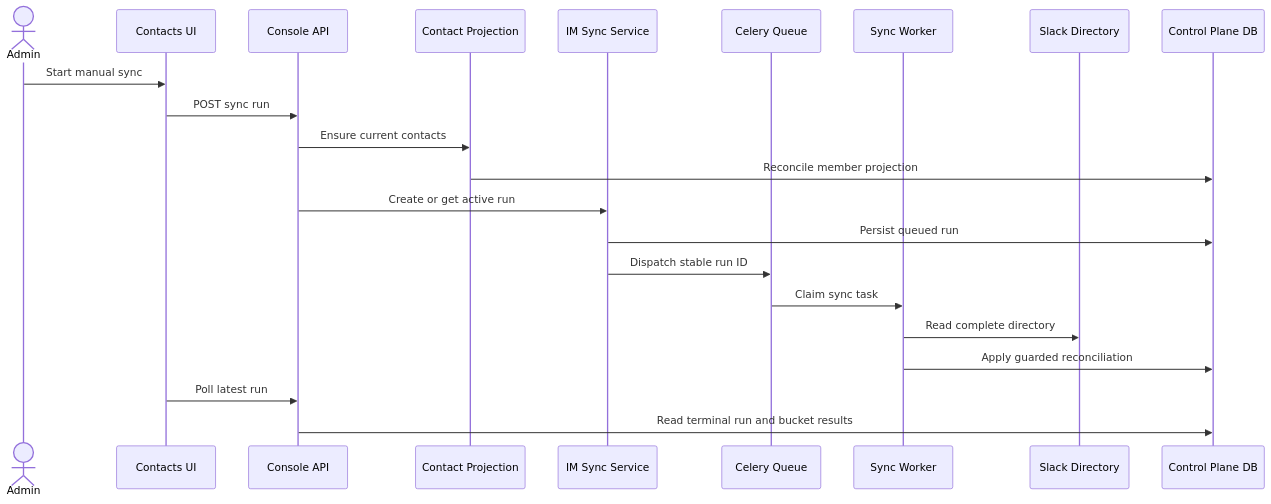
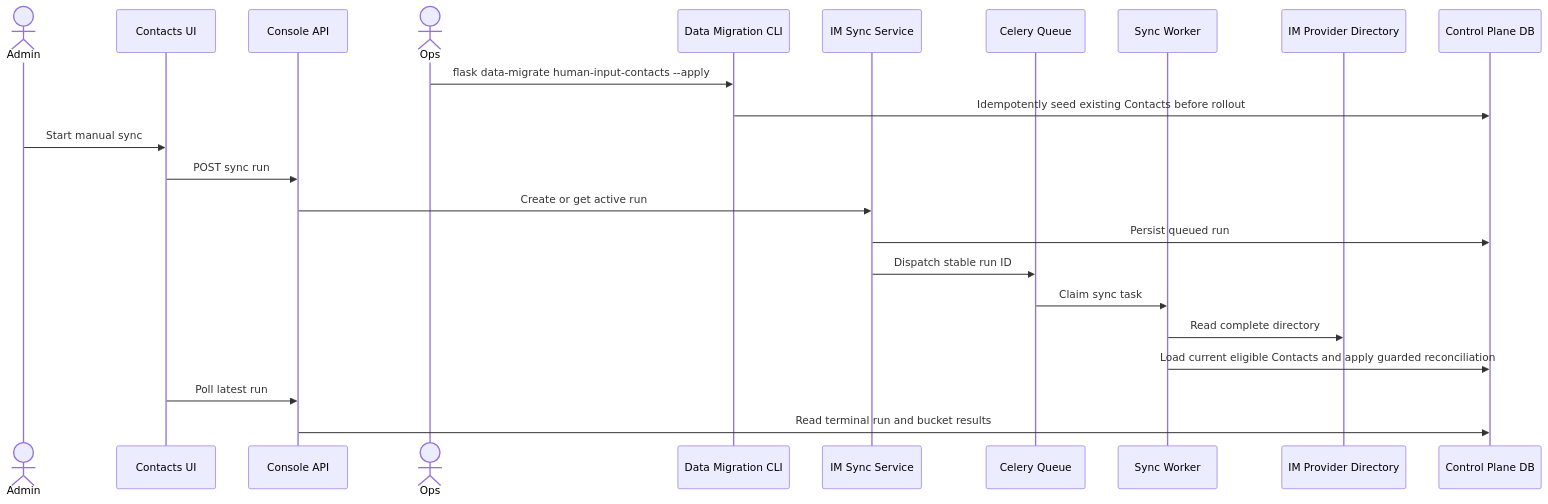
The diagram in openspec/changes/integrate-im-contact-sync-end-to-end/design.md (langgenius/dify), drawn with Mermaid before and after one commit. The commit also changed other lines of this file and 9 other files, not shown here.

````diff
--- a/openspec/changes/integrate-im-contact-sync-end-to-end/design.md
+++ b/openspec/changes/integrate-im-contact-sync-end-to-end/design.md
@@ -9,25 +9,26 @@
 ```mermaid
 sequenceDiagram
     actor Admin
     participant Web as Contacts UI
     participant API as Console API
-    participant Projection as Contact Projection
+    actor Ops
+    participant CLI as Data Migration CLI
     participant Sync as IM Sync Service
     participant Queue as Celery Queue
     participant Worker as Sync Worker
-    participant Slack as Slack Directory
+    participant Provider as IM Provider Directory
     participant DB as Control Plane DB
 
+    Ops->>CLI: flask data-migrate human-input-contacts --apply
+    CLI->>DB: Idempotently seed existing Contacts before rollout
     Admin->>Web: Start manual sync
     Web->>API: POST sync run
-    API->>Projection: Ensure current contacts
-    Projection->>DB: Reconcile member projection
     API->>Sync: Create or get active run
     Sync->>DB: Persist queued run
     Sync->>Queue: Dispatch stable run ID
     Queue->>Worker: Claim sync task
-    Worker->>Slack: Read complete directory
-    Worker->>DB: Apply guarded reconciliation
+    Worker->>Provider: Read complete directory
+    Worker->>DB: Load current eligible Contacts and apply guarded reconciliation
     Web->>API: Poll latest run
     API->>DB: Read terminal run and bucket results
 ```
````
